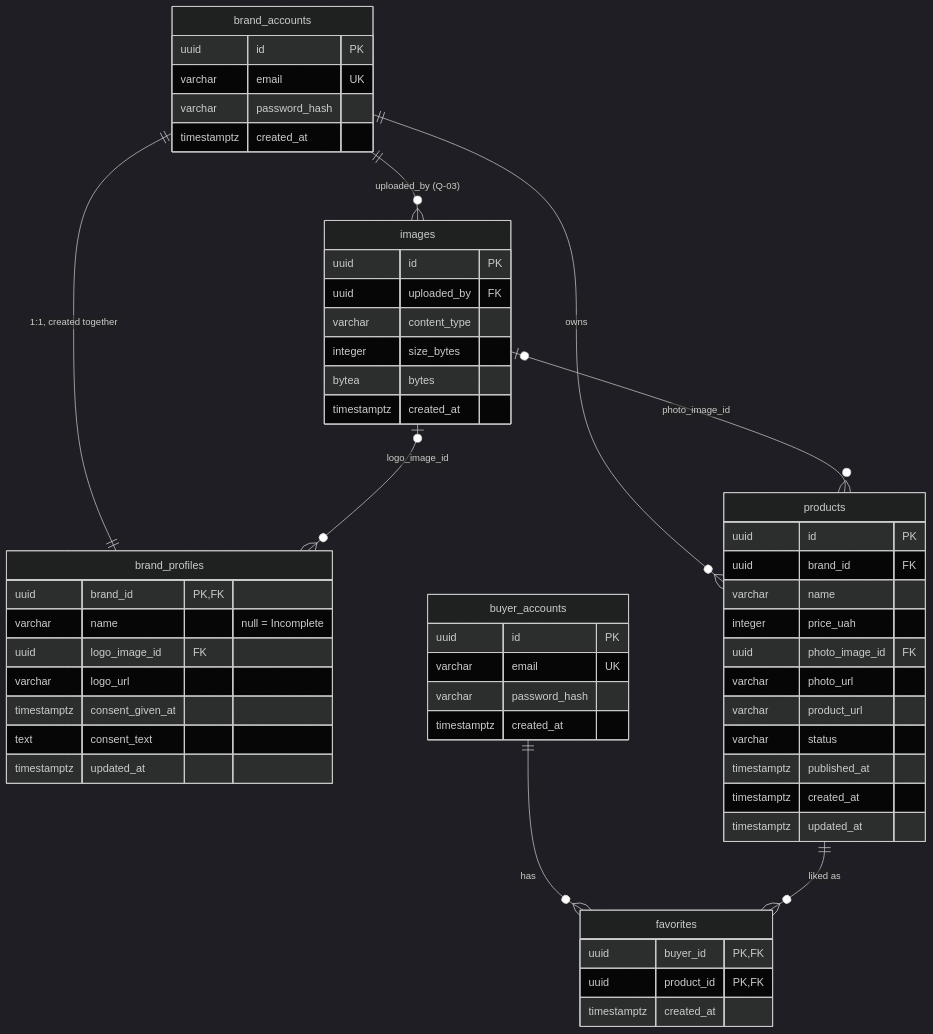
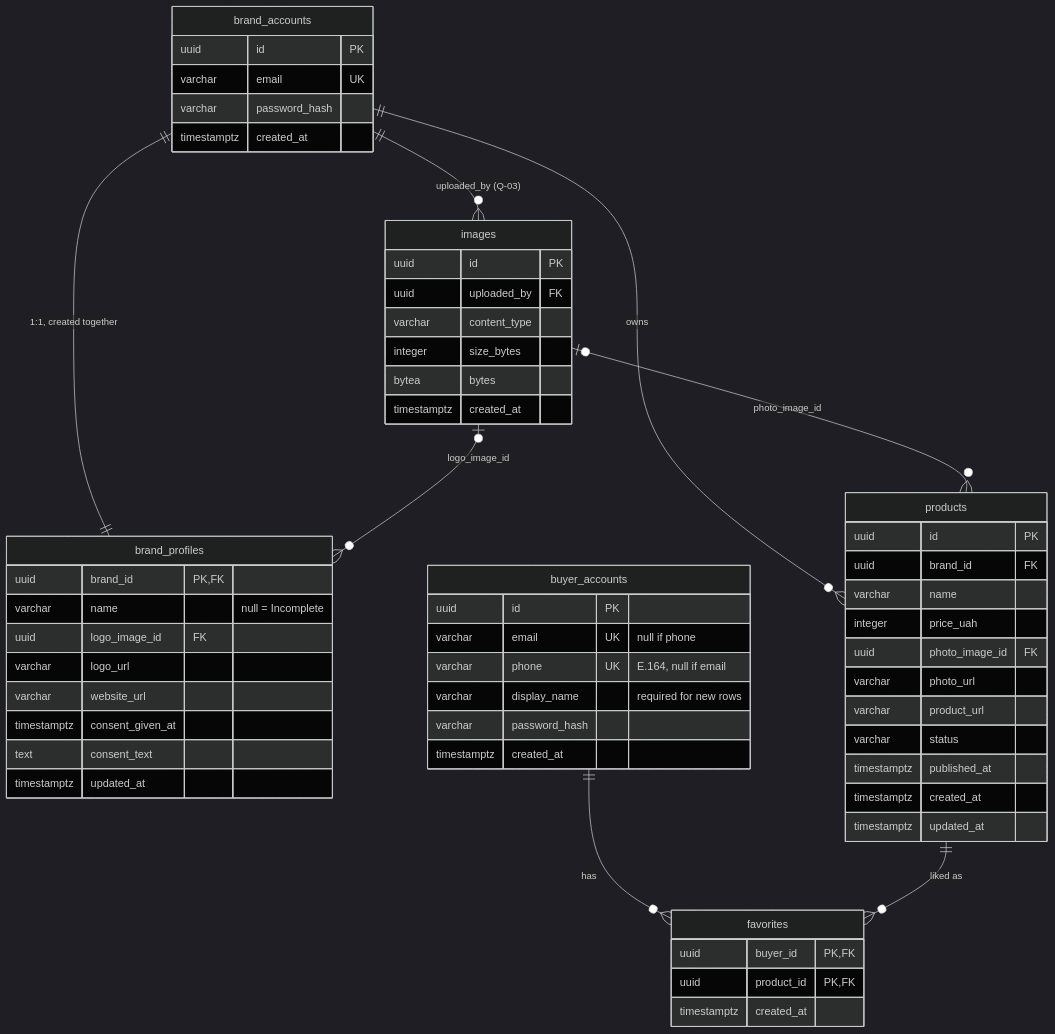
Before and after one commit to VeronikaBurmetskaV/Team8: the diagram in docs/architecture/data-model.md, drawn with Mermaid (dark theme). The commit also changed other lines of this file and 189 other files, not shown here.

Commit message:
fix: brand profile website url saving and validation

````diff
--- a/docs/architecture/data-model.md
+++ b/docs/architecture/data-model.md
@@ -12,58 +12,61 @@
 ```mermaid
 erDiagram
     brand_accounts ||--|| brand_profiles : "1:1, created together"
     brand_accounts ||--o{ products : owns
     brand_accounts ||--o{ images : "uploaded_by (Q-03)"
     images |o--o{ products : photo_image_id
     images |o--o{ brand_profiles : logo_image_id
     buyer_accounts ||--o{ favorites : has
     products ||--o{ favorites : "liked as"
 
     brand_accounts {
         uuid id PK
         varchar email UK
         varchar password_hash
         timestamptz created_at
     }
     brand_profiles {
         uuid brand_id PK,FK
         varchar name "null = Incomplete"
         uuid logo_image_id FK
         varchar logo_url
+        varchar website_url
         timestamptz consent_given_at
         text consent_text
         timestamptz updated_at
     }
     products {
         uuid id PK
         uuid brand_id FK
         varchar name
         integer price_uah
         uuid photo_image_id FK
         varchar photo_url
         varchar product_url
         varchar status
         timestamptz published_at
         timestamptz created_at
         timestamptz updated_at
     }
     images {
         uuid id PK
         uuid uploaded_by FK
         varchar content_type
         integer size_bytes
         bytea bytes
         timestamptz created_at
     }
     buyer_accounts {
         uuid id PK
-        varchar email UK
+        varchar email UK "null if phone"
+        varchar phone UK "E.164, null if email"
+        varchar display_name "required for new rows"
         varchar password_hash
         timestamptz created_at
     }
     favorites {
         uuid buyer_id PK,FK
         uuid product_id PK,FK
         timestamptz created_at
     }
 ```
````
